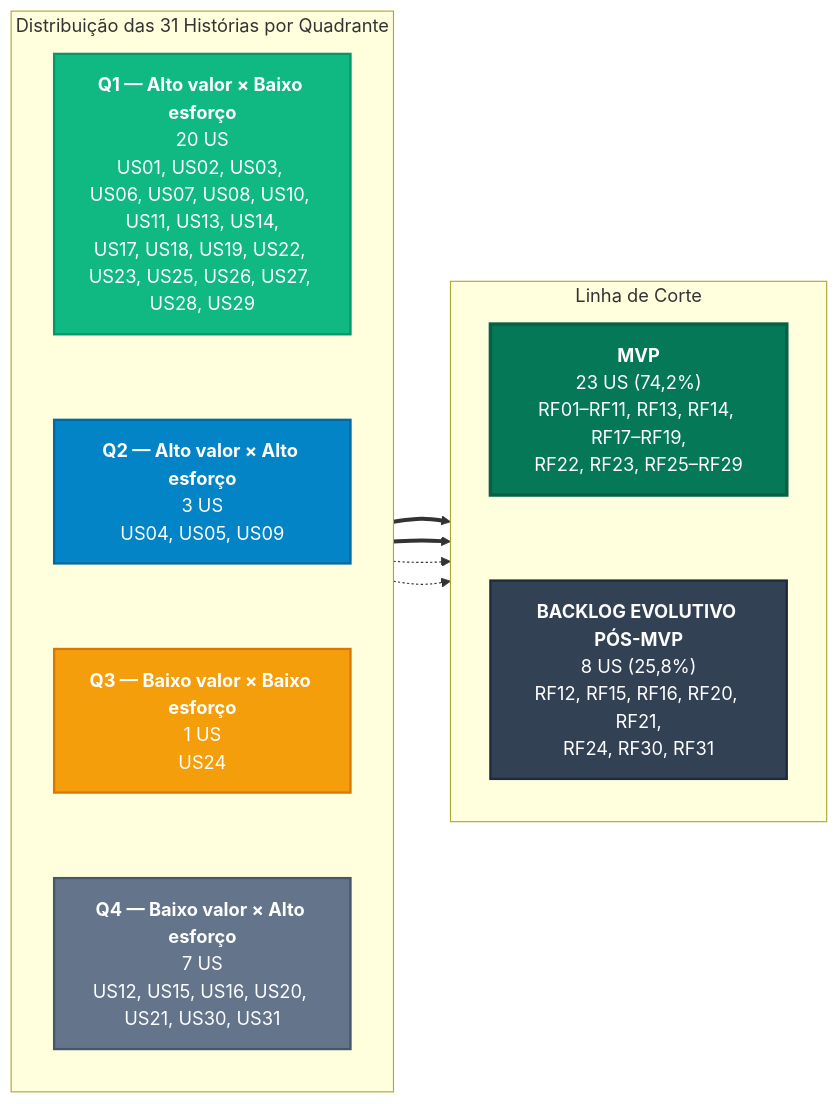
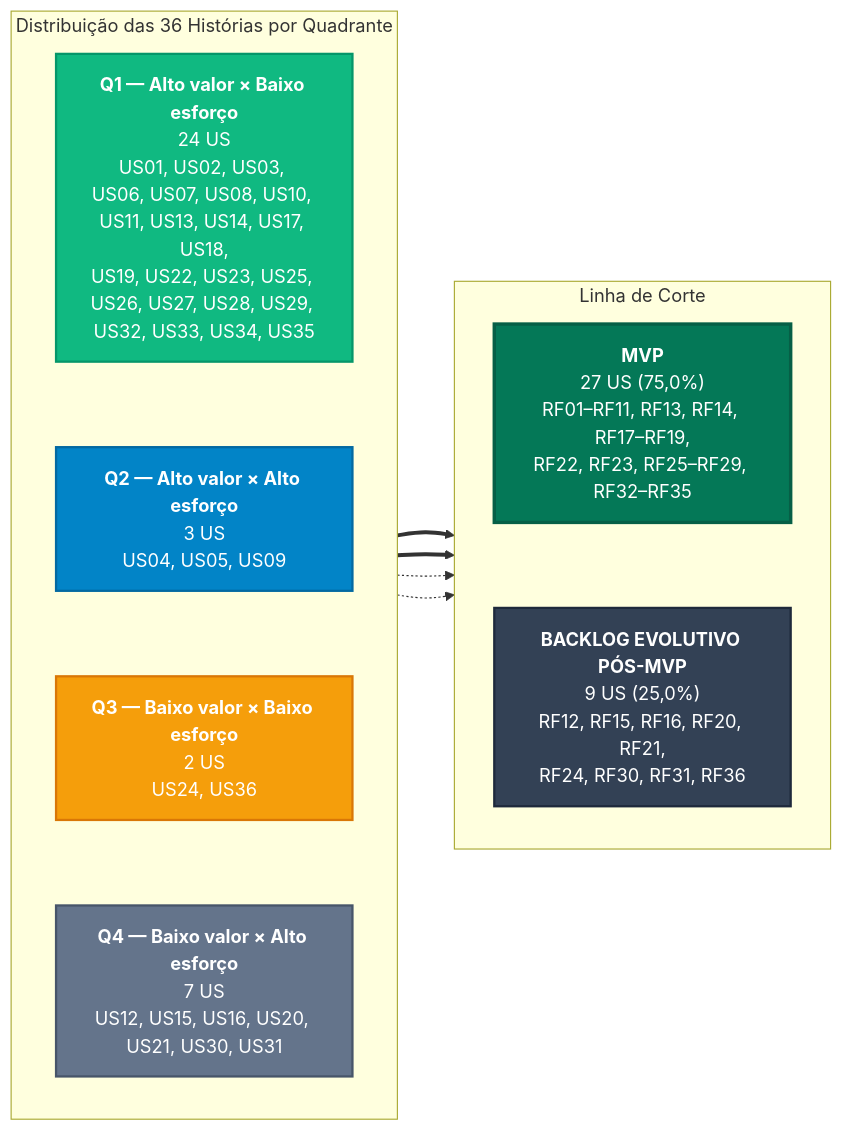
The second of 2 diagrams in docs/backlog/index.md (mdsreq-fga-unb/REQ-2026.2-T01-DUOC-Finance), drawn with Mermaid before and after one commit. The commit also changed other lines of this file and 4 other files, not shown here.

````diff
--- a/docs/backlog/index.md
+++ b/docs/backlog/index.md
@@ -277,39 +307,39 @@
 ```mermaid
 flowchart LR
-    subgraph QUAD["Distribuição das 31 Histórias por Quadrante"]
+    subgraph QUAD["Distribuição das 36 Histórias por Quadrante"]
         direction TB
-        Q1["<b>Q1 — Alto valor × Baixo esforço</b><br>20 US<br>US01, US02, US03, US06, US07, US08, US10, US11, US13, US14,<br>US17, US18, US19, US22, US23, US25, US26, US27, US28, US29"]
+        Q1["<b>Q1 — Alto valor × Baixo esforço</b><br>24 US<br>US01, US02, US03, US06, US07, US08, US10, US11, US13, US14, US17, US18,<br>US19, US22, US23, US25, US26, US27, US28, US29, US32, US33, US34, US35"]
         Q2["<b>Q2 — Alto valor × Alto esforço</b><br>3 US<br>US04, US05, US09"]
-        Q3["<b>Q3 — Baixo valor × Baixo esforço</b><br>1 US<br>US24"]
+        Q3["<b>Q3 — Baixo valor × Baixo esforço</b><br>2 US<br>US24, US36"]
         Q4["<b>Q4 — Baixo valor × Alto esforço</b><br>7 US<br>US12, US15, US16, US20, US21, US30, US31"]
         Q1 ~~~ Q2
         Q2 ~~~ Q3
         Q3 ~~~ Q4
     end
 
     subgraph DEST["Linha de Corte"]
         direction TB
-        MVP["<b>MVP</b><br>23 US (74,2%)<br>RF01–RF11, RF13, RF14, RF17–RF19,<br>RF22, RF23, RF25–RF29"]
-        POST["<b>BACKLOG EVOLUTIVO PÓS-MVP</b><br>8 US (25,8%)<br>RF12, RF15, RF16, RF20, RF21,<br>RF24, RF30, RF31"]
+        MVP["<b>MVP</b><br>27 US (75,0%)<br>RF01–RF11, RF13, RF14, RF17–RF19,<br>RF22, RF23, RF25–RF29, RF32–RF35"]
+        POST["<b>BACKLOG EVOLUTIVO PÓS-MVP</b><br>9 US (25,0%)<br>RF12, RF15, RF16, RF20, RF21,<br>RF24, RF30, RF31, RF36"]
         MVP ~~~ POST
     end
 
     Q1 ==> MVP
     Q2 ==> MVP
     Q3 -.-> POST
     Q4 -.-> POST
 
     classDef q1Class fill:#10b981,stroke:#059669,stroke-width:2px,color:#ffffff;
     classDef q2Class fill:#0284c7,stroke:#0369a1,stroke-width:2px,color:#ffffff;
     classDef q3Class fill:#f59e0b,stroke:#d97706,stroke-width:2px,color:#ffffff;
     classDef q4Class fill:#64748b,stroke:#475569,stroke-width:2px,color:#ffffff;
     classDef mvpClass fill:#047857,stroke:#065f46,stroke-width:3px,color:#ffffff;
     classDef postClass fill:#334155,stroke:#1e293b,stroke-width:2px,color:#ffffff;
 
     class Q1 q1Class;
     class Q2 q2Class;
     class Q3 q3Class;
     class Q4 q4Class;
     class MVP mvpClass;
     class POST postClass;
 ```
````
